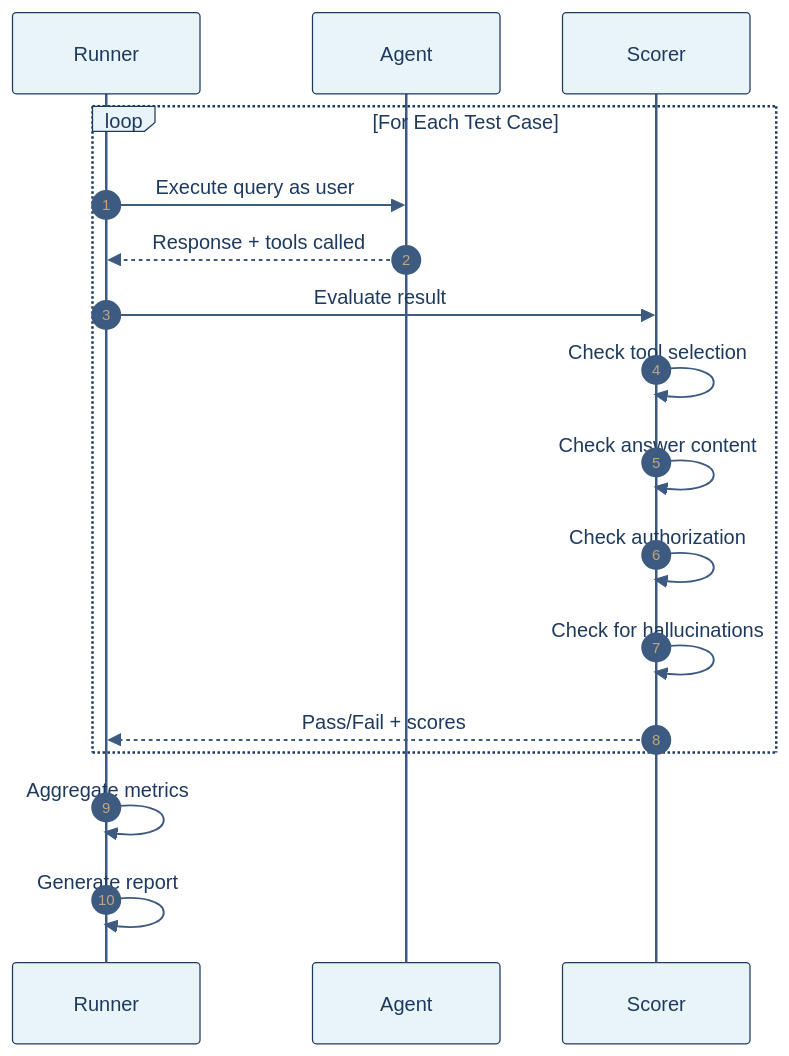
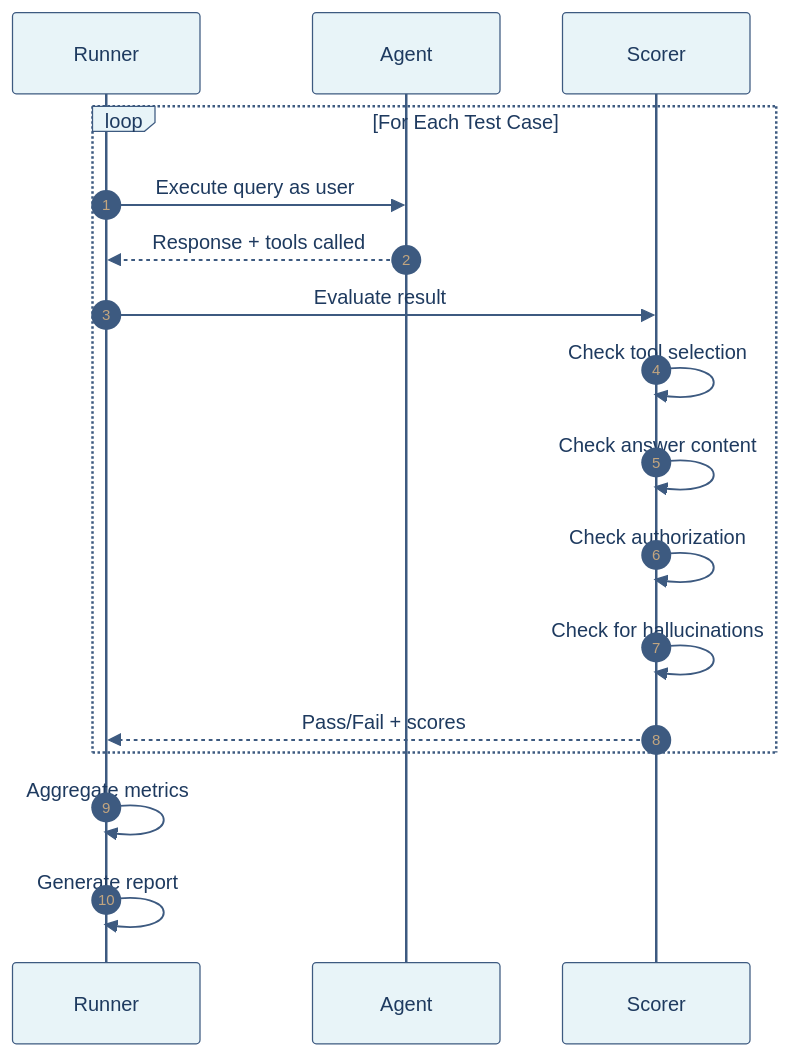
One commit to ruthvik-jeev/hr-agent changed the fourth of 4 diagrams in EVALUATION.md. Above: the diagram before and after it, drawn with Mermaid. The commit also changed other lines of this file and 2 other files, not shown here.

First line of the commit message:
fix: use light backgrounds for all diagram nodes and improve contrast

````diff
--- a/EVALUATION.md
+++ b/EVALUATION.md
@@ -133,25 +133,25 @@
 ```mermaid
-%%{init: {'theme': 'base', 'themeVariables': { 'primaryColor': '#e8f4f8', 'primaryTextColor': '#1e3a5f', 'lineColor': '#3d5a80', 'actorBkg': '#e8f4f8', 'actorBorder': '#1e3a5f', 'actorTextColor': '#1e3a5f', 'actorLineColor': '#3d5a80', 'signalColor': '#3d5a80', 'signalTextColor': '#1e3a5f', 'labelTextColor': '#1e3a5f', 'noteTextColor': '#1e3a5f', 'noteBkgColor': '#f7f9fc', 'noteBorderColor': '#3d5a80'}}}%%
+%%{init: {'theme': 'base', 'themeVariables': { 'primaryColor': '#e8f4f8', 'primaryTextColor': '#1e3a5f', 'primaryBorderColor': '#3d5a80', 'lineColor': '#3d5a80', 'actorBkg': '#e8f4f8', 'actorBorder': '#3d5a80', 'actorTextColor': '#1e3a5f', 'actorLineColor': '#3d5a80', 'signalColor': '#3d5a80', 'signalTextColor': '#1e3a5f', 'labelTextColor': '#1e3a5f', 'noteTextColor': '#1e3a5f', 'noteBkgColor': '#f7f9fc', 'noteBorderColor': '#3d5a80', 'loopTextColor': '#1e3a5f'}}}%%
 
 sequenceDiagram
     autonumber
     participant R as Runner
     participant A as Agent
     participant S as Scorer
     
     loop For Each Test Case
         R->>A: Execute query as user
         A-->>R: Response + tools called
         R->>S: Evaluate result
         
         S->>S: Check tool selection
         S->>S: Check answer content
         S->>S: Check authorization
         S->>S: Check for hallucinations
         
         S-->>R: Pass/Fail + scores
     end
     
     R->>R: Aggregate metrics
     R->>R: Generate report
 ```
````
